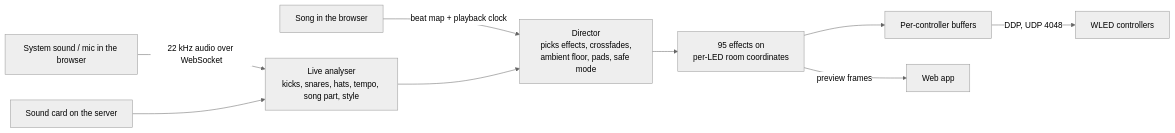
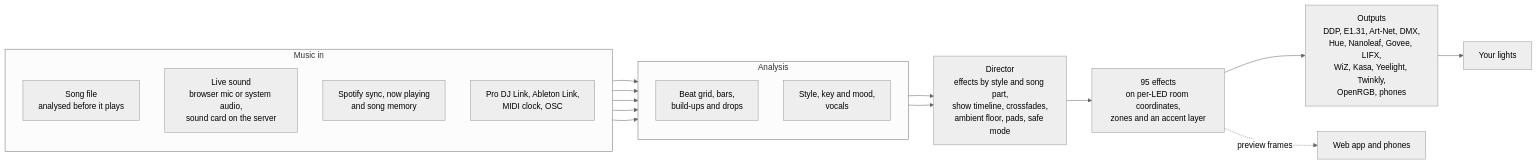
Before and after one commit to D4RKGEEK/tempolight: the first of 2 diagrams in README.md, drawn with Mermaid (neutral theme). The commit also changed other lines of this file and 15 other files, not shown here.

````diff
--- a/README.md
+++ b/README.md
@@ -213,10 +276,26 @@
 ```mermaid
 flowchart LR
-  A[Song in the browser] -- beat map + playback clock --> D
-  B[System sound / mic in the browser] -- 22 kHz audio over WebSocket --> C
-  S[Sound card on the server] --> C
-  C[Live analyser<br/>kicks, snares, hats, tempo, song part, style] --> D
-  D[Director<br/>picks effects, crossfades,<br/>ambient floor, pads, safe mode] --> E[95 effects on<br/>per-LED room coordinates]
-  E --> F[Per-controller buffers] -- DDP, UDP 4048 --> W[WLED controllers]
-  E -- preview frames --> U[Web app]
+  subgraph IN["Music in"]
+    direction TB
+    F["Song file<br/>analysed before it plays"]
+    L["Live sound<br/>browser mic or system audio,<br/>sound card on the server"]
+    SP["Spotify sync, now playing<br/>and song memory"]
+    DJ["Pro DJ Link, Ableton Link,<br/>MIDI clock, OSC"]
+  end
+  subgraph AN["Analysis"]
+    direction TB
+    G["Beat grid, bars,<br/>build-ups and drops"]
+    T["Style, key and mood,<br/>vocals"]
+  end
+  F --> G
+  L --> G
+  L --> T
+  SP --> G
+  DJ --> G
+  G --> D
+  T --> D
+  D["Director<br/>effects by style and song part,<br/>show timeline, crossfades,<br/>ambient floor, pads, safe mode"] --> E["95 effects<br/>on per-LED room coordinates,<br/>zones and an accent layer"]
+  E --> O["Outputs<br/>DDP, E1.31, Art-Net, DMX,<br/>Hue, Nanoleaf, Govee, LIFX,<br/>WiZ, Kasa, Yeelight, Twinkly,<br/>OpenRGB, phones"]
+  O --> LT["Your lights"]
+  E -. preview frames .-> UI["Web app and phones"]
 ```
````
